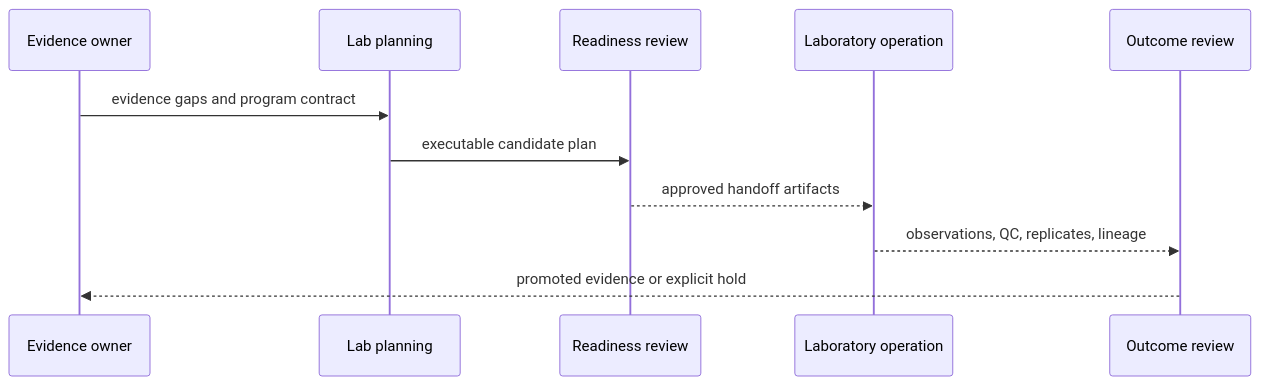
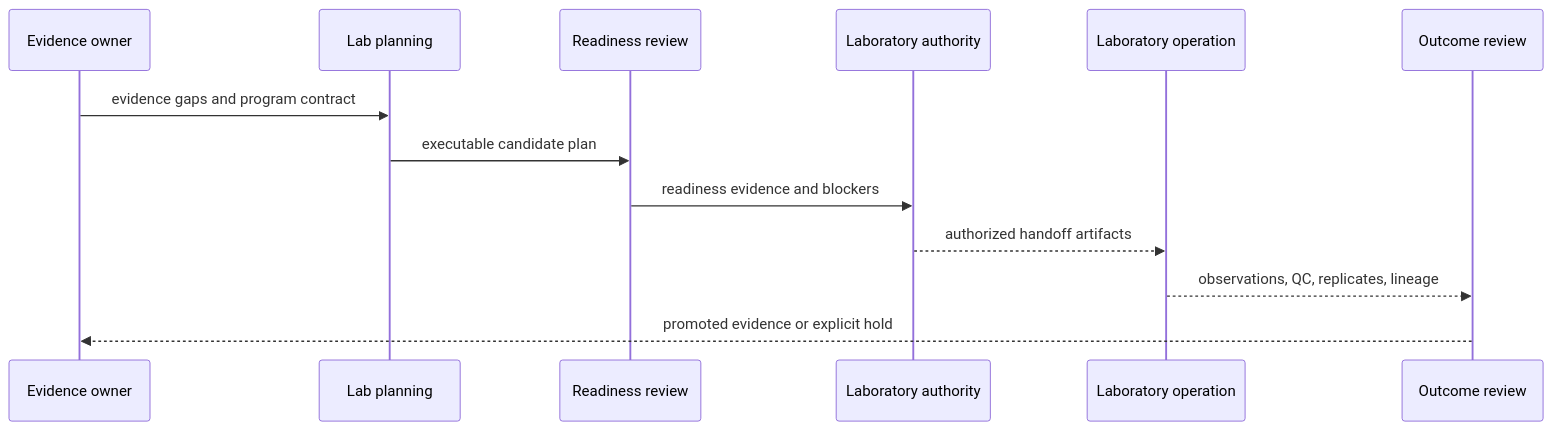
Before and after one commit to bijux/bijux-proteomics: the second of 2 diagrams in docs/07-bijux-proteomics-lab/architecture/execution-model.md, drawn with Mermaid. The commit also changed other lines of this file and 2 other files, not shown here.

Commit message:
docs(lab): bind executable handoffs to named authority

````diff
--- a/docs/07-bijux-proteomics-lab/architecture/execution-model.md
+++ b/docs/07-bijux-proteomics-lab/architecture/execution-model.md
@@ -37,13 +48,15 @@
 ```mermaid
 sequenceDiagram
     participant Science as Evidence owner
     participant Plan as Lab planning
     participant Gate as Readiness review
+    participant Authority as Laboratory authority
     participant Ops as Laboratory operation
     participant Outcome as Outcome review
     Science->>Plan: evidence gaps and program contract
     Plan->>Gate: executable candidate plan
-    Gate-->>Ops: approved handoff artifacts
+    Gate->>Authority: readiness evidence and blockers
+    Authority-->>Ops: authorized handoff artifacts
     Ops-->>Outcome: observations, QC, replicates, lineage
     Outcome-->>Science: promoted evidence or explicit hold
 ```
````
